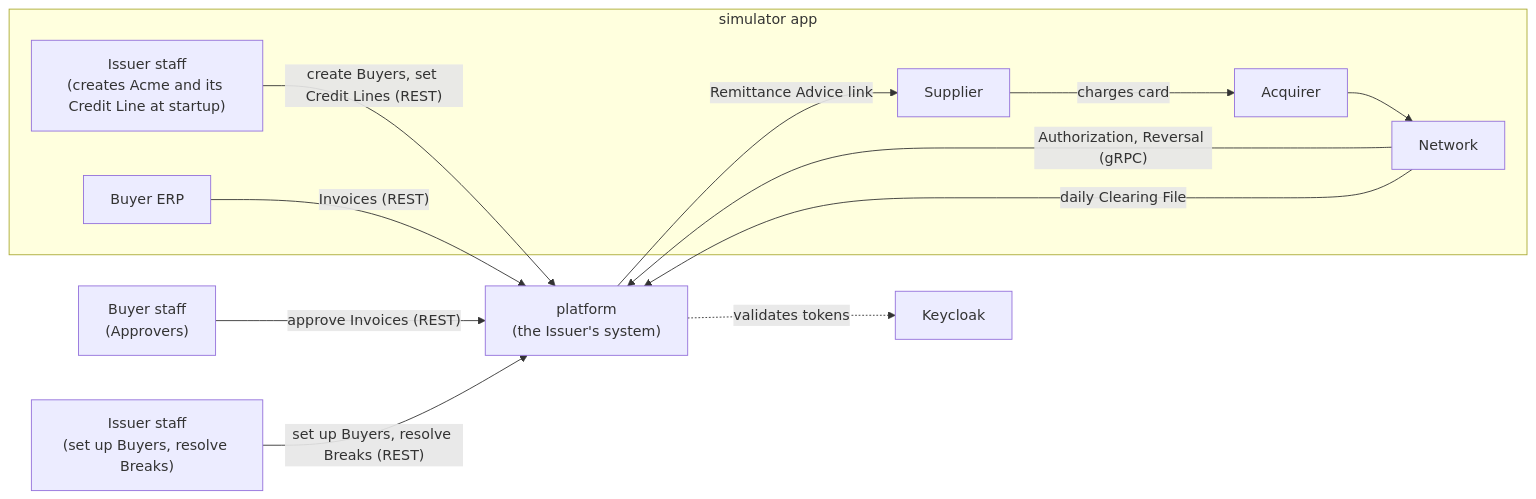
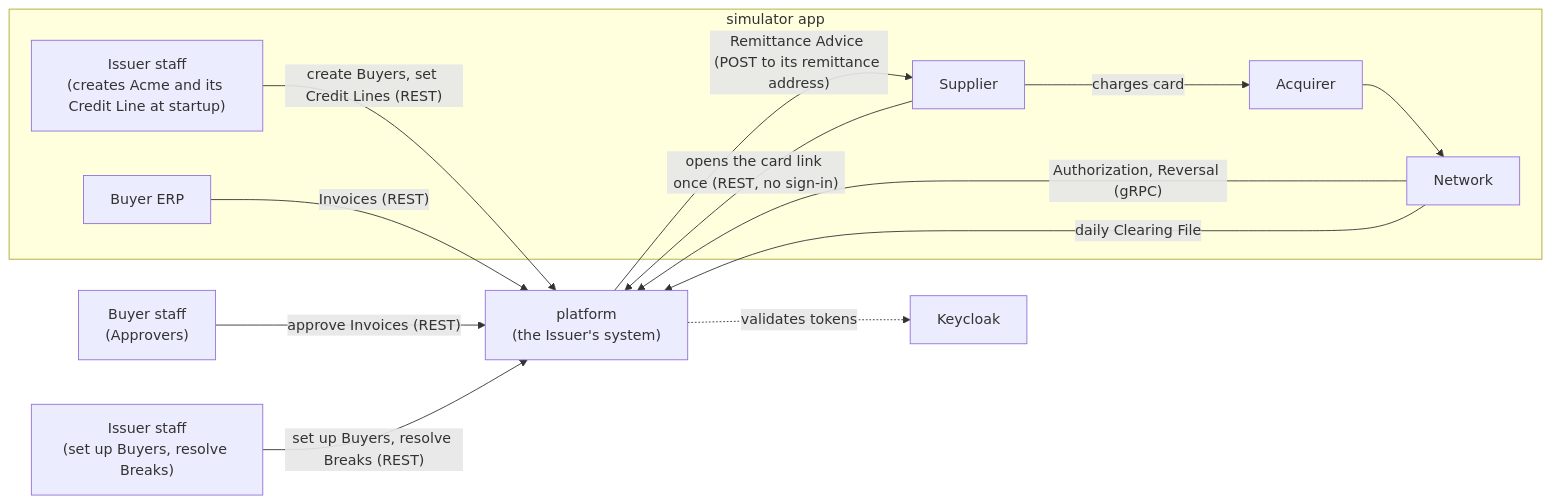
One commit to rgonzal92/b2b-payments-platform changed the first of 5 diagrams in docs/architecture.md. Above: the diagram before and after it, drawn with Mermaid. The commit also changed other lines of this file and 7 other files, not shown here.

First line of the commit message:
docs: describe the Remittance Advice, its one-time link and step 3's failures

````diff
--- a/docs/architecture.md
+++ b/docs/architecture.md
@@ -9,25 +9,26 @@
 ```mermaid
 flowchart LR
   buyerStaff["Buyer staff<br/>(Approvers)"]
   issuerStaff["Issuer staff<br/>(set up Buyers, resolve Breaks)"]
   subgraph sim["simulator app"]
     simIssuer["Issuer staff<br/>(creates Acme and its Credit Line at startup)"]
     erp["Buyer ERP"]
     supplier["Supplier"]
     acquirer["Acquirer"]
     network["Network"]
   end
   platform["platform<br/>(the Issuer's system)"]
   keycloak["Keycloak"]
 
   simIssuer -- "create Buyers, set Credit Lines (REST)" --> platform
   erp -- "Invoices (REST)" --> platform
   buyerStaff -- "approve Invoices (REST)" --> platform
   issuerStaff -- "set up Buyers, resolve Breaks (REST)" --> platform
-  platform -- "Remittance Advice link" --> supplier
+  platform -- "Remittance Advice (POST to its remittance address)" --> supplier
+  supplier -- "opens the card link once (REST, no sign-in)" --> platform
   supplier -- "charges card" --> acquirer
   acquirer --> network
   network -- "Authorization, Reversal (gRPC)" --> platform
   network -- "daily Clearing File" --> platform
   platform -. "validates tokens" .-> keycloak
 ```
````
